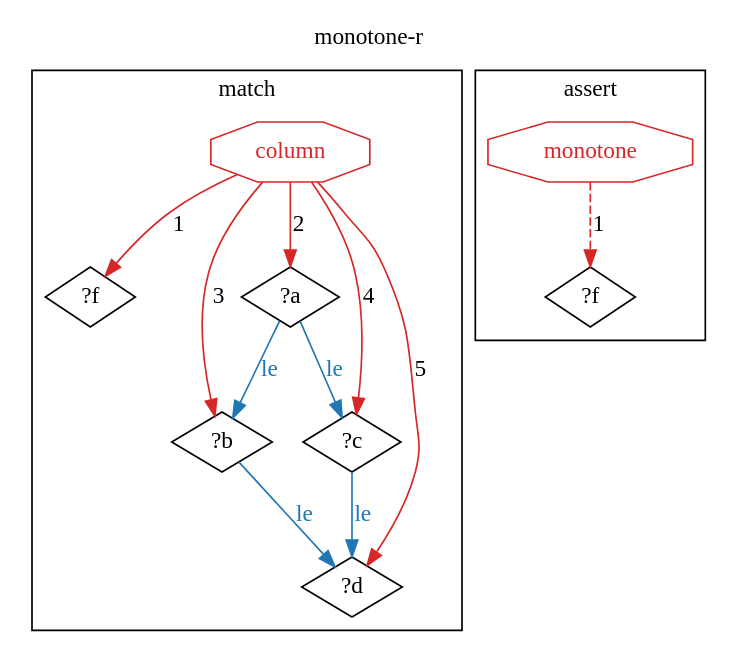
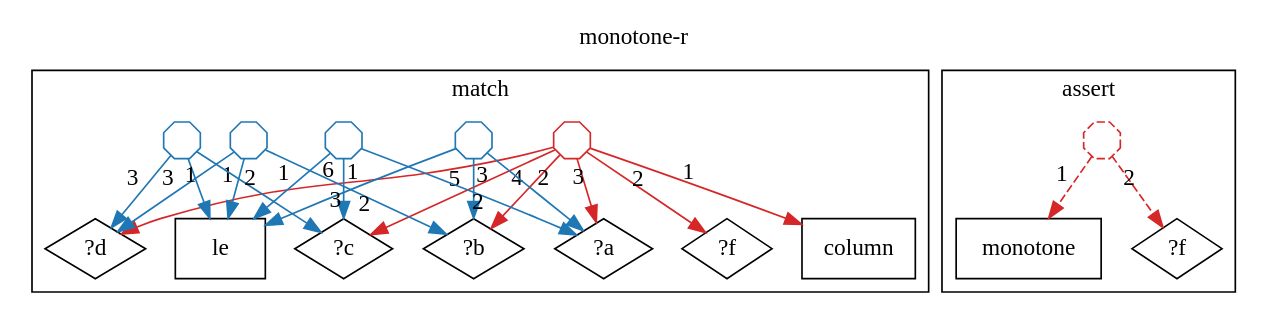
One commit to agutikov/ein changed the diagram in docs/ein/user/04-reference/04-stdlib/diagrams/19-std.bool.props.monotone-r.dot. Above: the diagram before and after it, drawn with Graphviz. The commit also changed 1083 other files, not shown here.

```diff
--- a/docs/ein/user/04-reference/04-stdlib/diagrams/19-std.bool.props.monotone-r.dot
+++ b/docs/ein/user/04-reference/04-stdlib/diagrams/19-std.bool.props.monotone-r.dot
@@ -1,26 +1,43 @@
 digraph rule_monotone_r_lhs_rhs {
   rankdir=TB;
   label="monotone-r"; labelloc=t;
   subgraph cluster_lhs { label="match";
+    "column_L" [label="column", shape=box];
     "?f_L" [label="?f", shape=diamond];
     "?a_L" [label="?a", shape=diamond];
     "?b_L" [label="?b", shape=diamond];
     "?c_L" [label="?c", shape=diamond];
     "?d_L" [label="?d", shape=diamond];
-    "h1_column_L" [shape=octagon, label="column", color="#d62728", fontcolor="#d62728"];
-    "h1_column_L" -> "?f_L" [label="1", color="#d62728"];
-    "h1_column_L" -> "?a_L" [label="2", color="#d62728"];
-    "h1_column_L" -> "?b_L" [label="3", color="#d62728"];
-    "h1_column_L" -> "?c_L" [label="4", color="#d62728"];
-    "h1_column_L" -> "?d_L" [label="5", color="#d62728"];
-    "?a_L" -> "?b_L" [label="le", color="#1f77b4", fontcolor="#1f77b4"];
-    "?a_L" -> "?c_L" [label="le", color="#1f77b4", fontcolor="#1f77b4"];
-    "?b_L" -> "?d_L" [label="le", color="#1f77b4", fontcolor="#1f77b4"];
-    "?c_L" -> "?d_L" [label="le", color="#1f77b4", fontcolor="#1f77b4"];
+    "le_L" [label="le", shape=box];
+    "h1_column_L" [shape=octagon, label="", width=0.3, height=0.3, fixedsize=true, color="#d62728"];
+    "h1_column_L" -> "column_L" [xlabel="1", color="#d62728"];
+    "h1_column_L" -> "?f_L" [xlabel="2", color="#d62728"];
+    "h1_column_L" -> "?a_L" [xlabel="3", color="#d62728"];
+    "h1_column_L" -> "?b_L" [xlabel="4", color="#d62728"];
+    "h1_column_L" -> "?c_L" [xlabel="5", color="#d62728"];
+    "h1_column_L" -> "?d_L" [xlabel="6", color="#d62728"];
+    "h2_le_L" [shape=octagon, label="", width=0.3, height=0.3, fixedsize=true, color="#1f77b4"];
+    "h2_le_L" -> "le_L" [xlabel="1", color="#1f77b4"];
+    "h2_le_L" -> "?a_L" [xlabel="2", color="#1f77b4"];
+    "h2_le_L" -> "?b_L" [xlabel="3", color="#1f77b4"];
+    "h3_le_L" [shape=octagon, label="", width=0.3, height=0.3, fixedsize=true, color="#1f77b4"];
+    "h3_le_L" -> "le_L" [xlabel="1", color="#1f77b4"];
+    "h3_le_L" -> "?a_L" [xlabel="2", color="#1f77b4"];
+    "h3_le_L" -> "?c_L" [xlabel="3", color="#1f77b4"];
+    "h4_le_L" [shape=octagon, label="", width=0.3, height=0.3, fixedsize=true, color="#1f77b4"];
+    "h4_le_L" -> "le_L" [xlabel="1", color="#1f77b4"];
+    "h4_le_L" -> "?b_L" [xlabel="2", color="#1f77b4"];
+    "h4_le_L" -> "?d_L" [xlabel="3", color="#1f77b4"];
+    "h5_le_L" [shape=octagon, label="", width=0.3, height=0.3, fixedsize=true, color="#1f77b4"];
+    "h5_le_L" -> "le_L" [xlabel="1", color="#1f77b4"];
+    "h5_le_L" -> "?c_L" [xlabel="2", color="#1f77b4"];
+    "h5_le_L" -> "?d_L" [xlabel="3", color="#1f77b4"];
   }
   subgraph cluster_rhs { label="assert";
+    "monotone_R" [label="monotone", shape=box];
     "?f_R" [label="?f", shape=diamond];
-    "h2_monotone_R" [shape=octagon, label="monotone", color="#d62728", fontcolor="#d62728"];
-    "h2_monotone_R" -> "?f_R" [label="1", color="#d62728", style=dashed];
+    "h6_monotone_R" [shape=octagon, label="", width=0.3, height=0.3, fixedsize=true, color="#d62728", style=dashed];
+    "h6_monotone_R" -> "monotone_R" [xlabel="1", color="#d62728", style=dashed];
+    "h6_monotone_R" -> "?f_R" [xlabel="2", color="#d62728", style=dashed];
   }
 }
```
